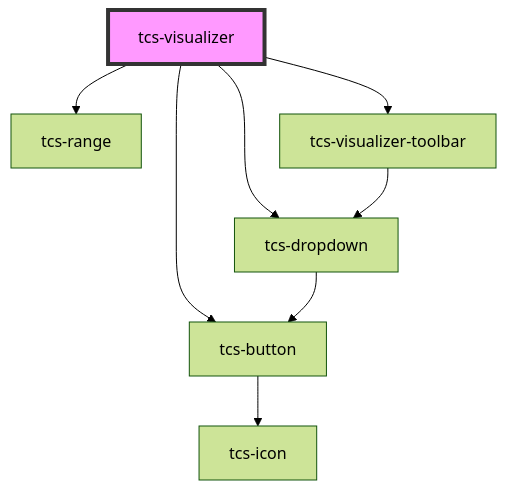
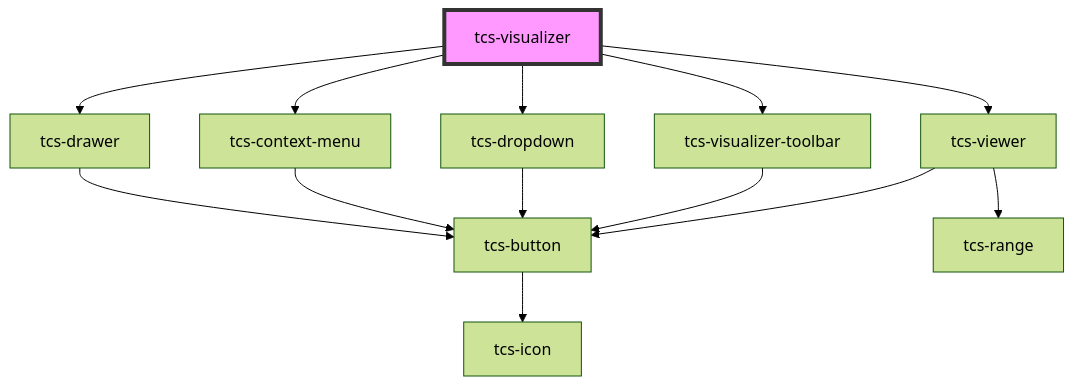
The diagram in src/components/tcs-visualizer/readme.md (scribes-app/tei-component-suite), drawn with Mermaid (forest theme) before and after one commit. The commit also changed other lines of this file and 10 other files, not shown here.

````diff
--- a/src/components/tcs-visualizer/readme.md
+++ b/src/components/tcs-visualizer/readme.md
@@ -44,11 +57,16 @@
 ```mermaid
 graph TD;
-  tcs-visualizer --> tcs-button
-  tcs-visualizer --> tcs-range
+  tcs-visualizer --> tcs-viewer
   tcs-visualizer --> tcs-visualizer-toolbar
   tcs-visualizer --> tcs-dropdown
+  tcs-visualizer --> tcs-context-menu
+  tcs-visualizer --> tcs-drawer
+  tcs-viewer --> tcs-button
+  tcs-viewer --> tcs-range
   tcs-button --> tcs-icon
-  tcs-visualizer-toolbar --> tcs-dropdown
+  tcs-visualizer-toolbar --> tcs-button
   tcs-dropdown --> tcs-button
+  tcs-context-menu --> tcs-button
+  tcs-drawer --> tcs-button
   style tcs-visualizer fill:#f9f,stroke:#333,stroke-width:4px
 ```
````
